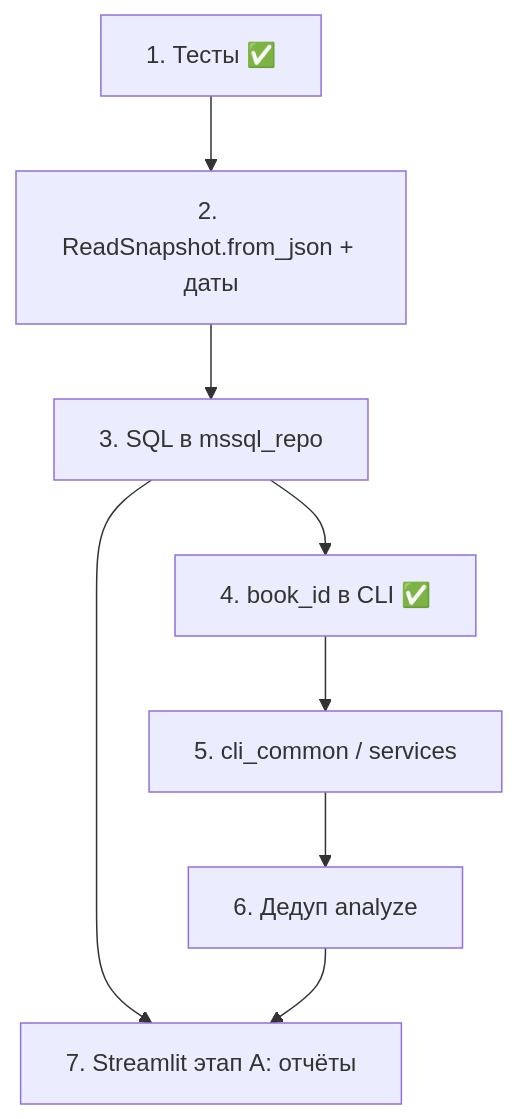
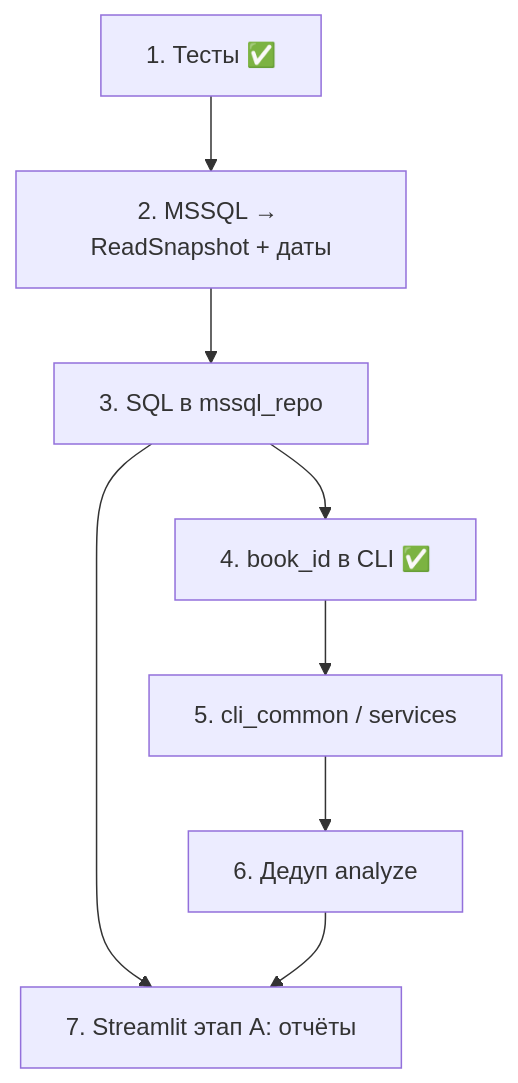
Before and after one commit to megabax/BookReadingAnalyzer: the diagram in refactoring_plan.md, drawn with Mermaid. The commit also changed other lines of this file and 14 other files, not shown here.

````diff
--- a/refactoring_plan.md
+++ b/refactoring_plan.md
@@ -289,10 +290,10 @@
 ```mermaid
 flowchart TD
-    A["1. Тесты ✅"] --> B["2. ReadSnapshot.from_json + даты"]
+    A["1. Тесты ✅"] --> B["2. MSSQL → ReadSnapshot + даты"]
     B --> C["3. SQL в mssql_repo"]
     C --> D["4. book_id в CLI ✅"]
     D --> E["5. cli_common / services"]
     E --> F["6. Дедуп analyze"]
     C --> G["7. Streamlit этап A: отчёты"]
     F --> G
 ```
````
